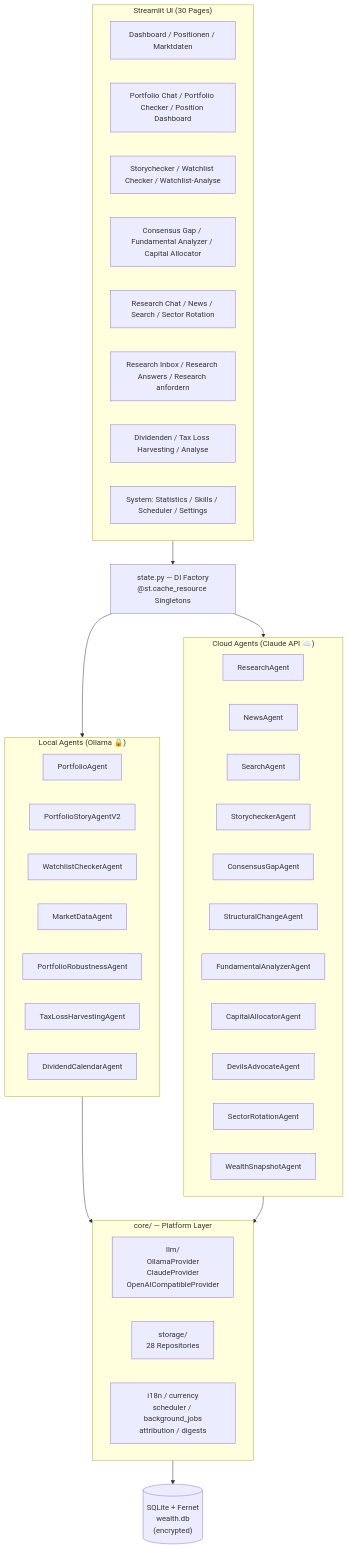
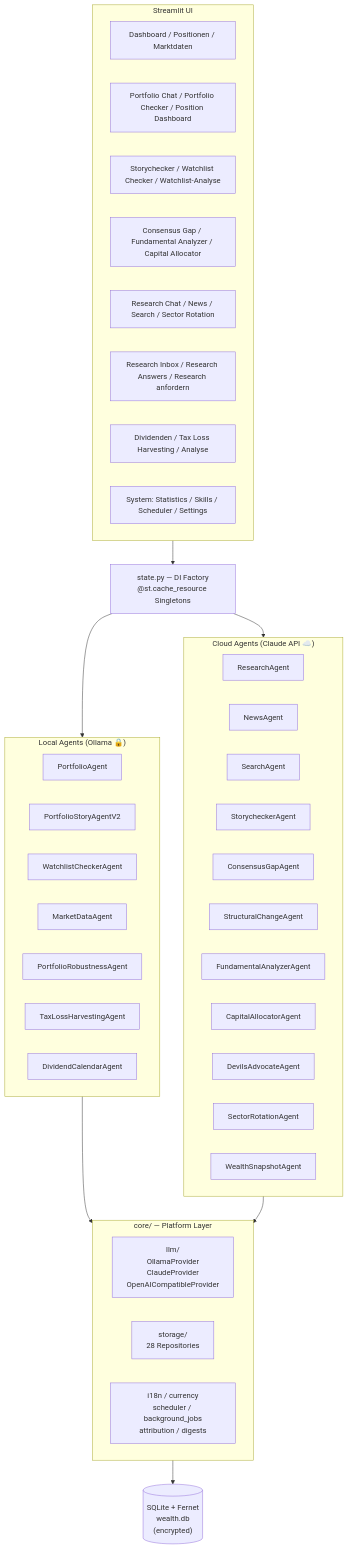
One commit to esc1899/wealth_management changed the first of 3 diagrams in ARCHITECTURE.md. Above: the diagram before and after it, drawn with Mermaid. The commit also changed other lines of this file and 1 other file, not shown here.

First line of the commit message:
Docs: ARCHITECTURE.md describes the current state only

````diff
--- a/ARCHITECTURE.md
+++ b/ARCHITECTURE.md
@@ -5,54 +5,54 @@
 ```mermaid
 graph TD
-    subgraph UI["Streamlit UI (30 Pages)"]
+    subgraph UI["Streamlit UI"]
         PG1["Dashboard / Positionen / Marktdaten"]
         PG2["Portfolio Chat / Portfolio Checker / Position Dashboard"]
         PG3["Storychecker / Watchlist Checker / Watchlist-Analyse"]
         PG4["Consensus Gap / Fundamental Analyzer / Capital Allocator"]
         PG5["Research Chat / News / Search / Sector Rotation"]
         PG6["Research Inbox / Research Answers / Research anfordern"]
         PG7["Dividenden / Tax Loss Harvesting / Analyse"]
         PG8["System: Statistics / Skills / Scheduler / Settings"]
     end
 
     state["state.py — DI Factory<br/>@st.cache_resource Singletons"]
 
     subgraph Local["Local Agents (Ollama 🔒)"]
         PA["PortfolioAgent"]
         PSA["PortfolioStoryAgentV2"]
         WCA["WatchlistCheckerAgent"]
         MDA["MarketDataAgent"]
         PRA["PortfolioRobustnessAgent"]
         TLH["TaxLossHarvestingAgent"]
         DCA["DividendCalendarAgent"]
     end
 
     subgraph Cloud["Cloud Agents (Claude API ☁️)"]
         RA["ResearchAgent"]
         NA["NewsAgent"]
         SA["SearchAgent"]
         SCA["StorycheckerAgent"]
         CGA["ConsensusGapAgent"]
         STA["StructuralChangeAgent"]
         FAA["FundamentalAnalyzerAgent"]
         CAA["CapitalAllocatorAgent"]
         DAA["DevilsAdvocateAgent"]
         SRA["SectorRotationAgent"]
         WSA["WealthSnapshotAgent"]
     end
 
     subgraph Core["core/ — Platform Layer"]
         LLM["llm/<br/>OllamaProvider<br/>ClaudeProvider<br/>OpenAICompatibleProvider"]
         STOR["storage/<br/>28 Repositories"]
         UTIL["i18n / currency<br/>scheduler / background_jobs<br/>attribution / digests"]
     end
 
     DB[("SQLite + Fernet<br/>wealth.db<br/>(encrypted)")]
 
     UI --> state
     state --> Local
     state --> Cloud
     Local --> Core
     Cloud --> Core
     Core --> DB
 ```
````
